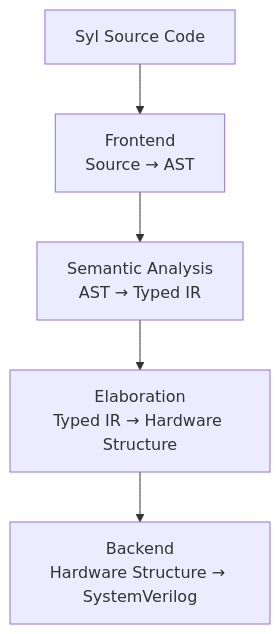
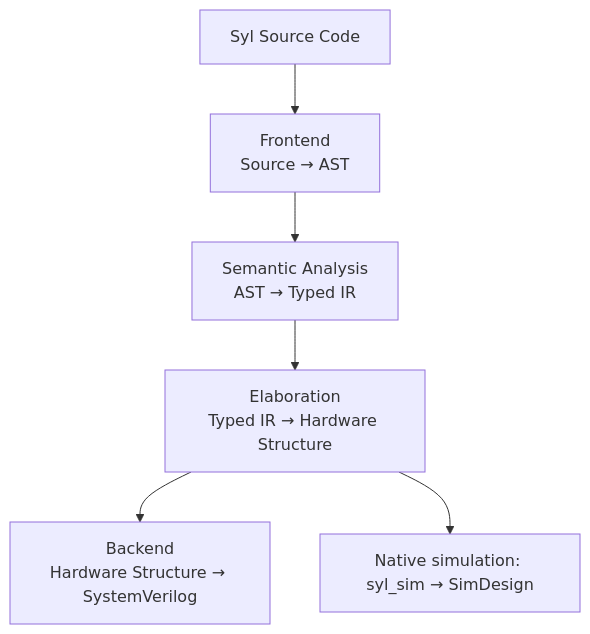
The first of 4 diagrams in docs/explanation/pipeline.mdx (syllang/docs), drawn with Mermaid before and after one commit. The commit also changed other lines of this file and 25 other files, not shown here.

First line of the commit message:
docs(docs): document native simulation, CPU SIMD, CUDA GPU, and VCD fault replay (#13)

````diff
--- a/docs/explanation/pipeline.mdx
+++ b/docs/explanation/pipeline.mdx
@@ -16,13 +16,14 @@
 ```mermaid
 flowchart TB
     Source["Syl Source Code"]
     Front["Frontend\nSource → AST"]
     Sema["Semantic Analysis\nAST → Typed IR"]
     Elab["Elaboration\nTyped IR → Hardware Structure"]
     Backend["Backend\nHardware Structure → SystemVerilog"]
 
     Source --> Front
     Front --> Sema
     Sema --> Elab
     Elab --> Backend
+    Elab --> Sim["Native simulation: syl_sim → SimDesign"]
 ```
````
